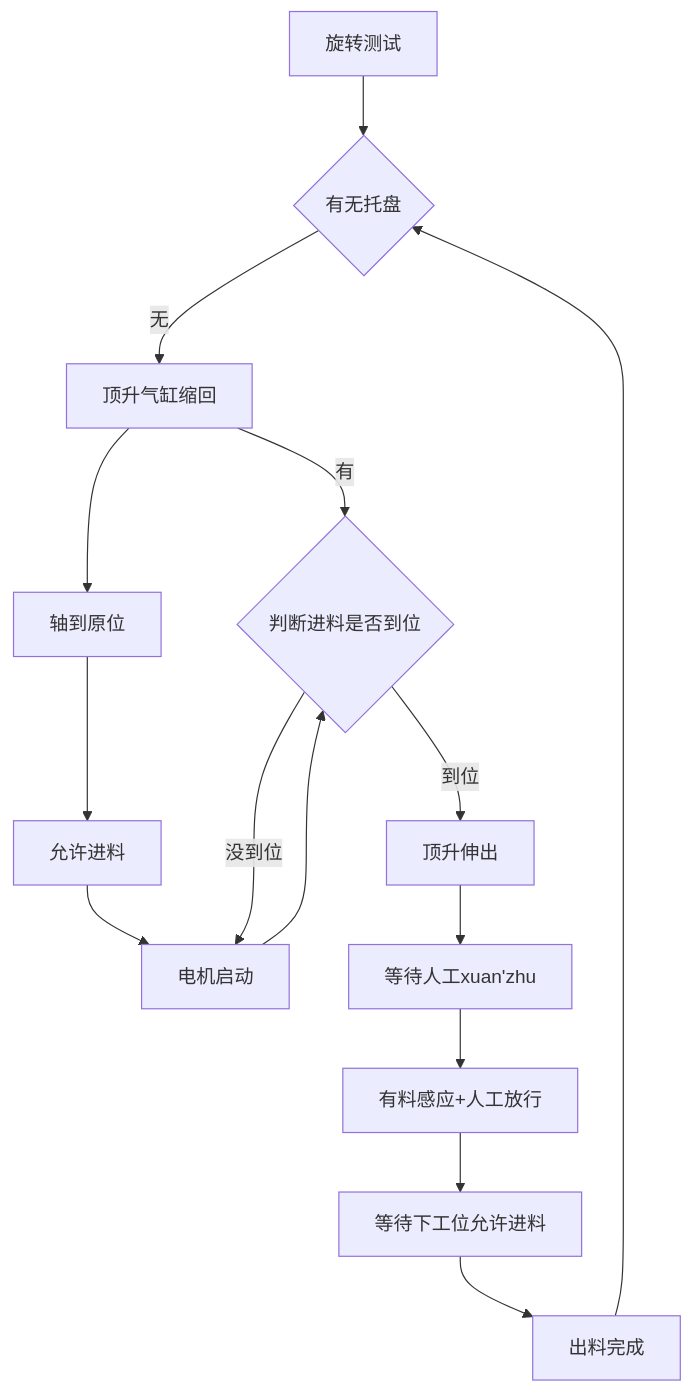
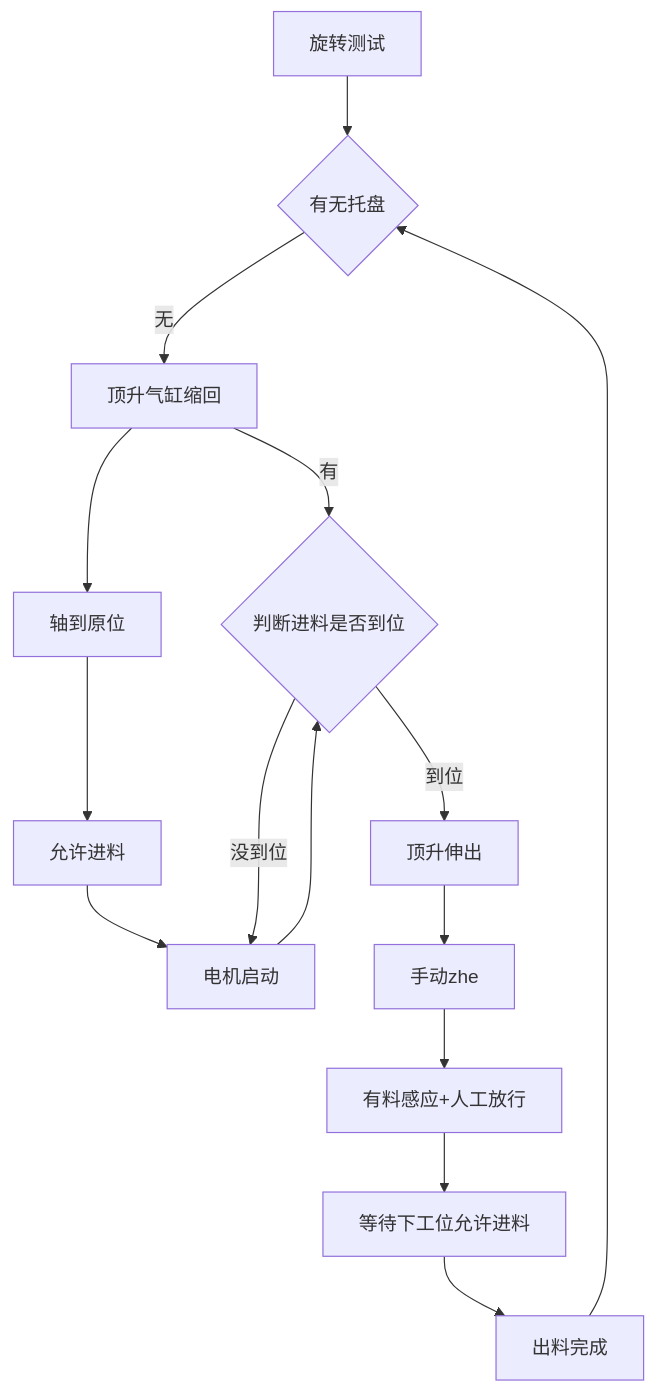
Before and after one commit to PengKun1/iodraw-files: the diagram in all/旋转测试台.md, drawn with Mermaid.

Commit message:
2024-12-23 16:23:44 update

````diff
--- a/all/旋转测试台.md
+++ b/all/旋转测试台.md
@@ -1,17 +1,17 @@
 ```mermaid
 graph TD
 0[旋转测试]-->10
 10{有无托盘}-->|无|20
 20-->|有|50
 20[顶升气缸缩回]-->30
 30[轴到原位]-->40
 40[允许进料]-->45
 45[电机启动]-->50
 50{判断进料是否到位}-->|到位|60 
 50-->|没到位|45
 60[顶升伸出]-->70
-70[等待人工xuan'zhu]-->80
+70[手动zhe]-->80
 80[有料感应+人工放行]-->90
 90[等待下工位允许进料]-->100
 100[出料完成]-->10
 ```
````
